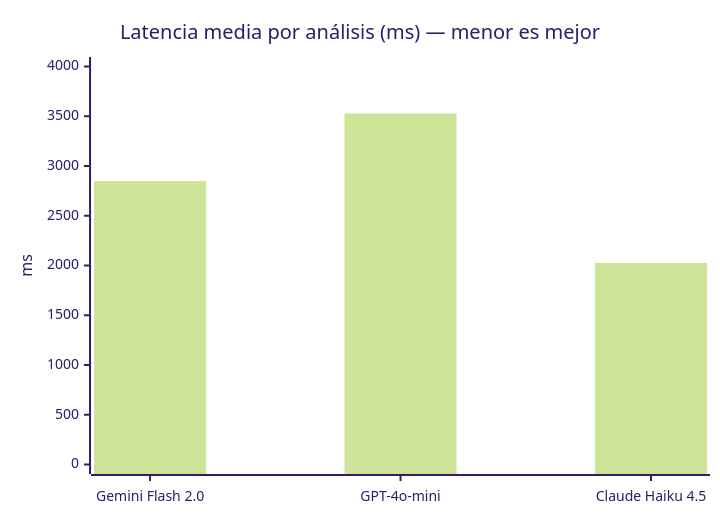
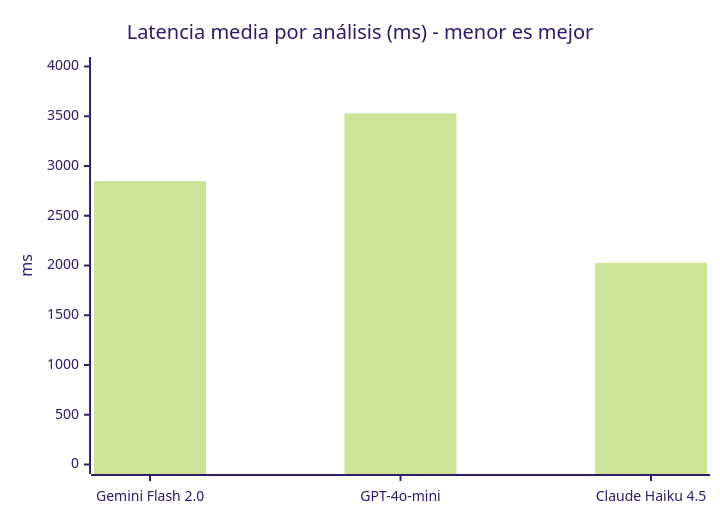
Before and after one commit to actions-marketplace-validations/oscaar90_OpsGuard-AI: the second of 2 diagrams in docs/adr/0003-telemetria-y-finops.md, drawn with Mermaid (forest theme). The commit also changed other lines of this file and 15 other files, not shown here.

````diff
--- a/docs/adr/0003-telemetria-y-finops.md
+++ b/docs/adr/0003-telemetria-y-finops.md
@@ -165,7 +165,7 @@
 ```mermaid
 xychart-beta
-    title "Latencia media por análisis (ms) — menor es mejor"
+    title "Latencia media por análisis (ms) - menor es mejor"
     x-axis ["Gemini Flash 2.0", "GPT-4o-mini", "Claude Haiku 4.5"]
     y-axis "ms" 0 --> 4000
     bar [2848, 3528, 2026]
 ```
````
